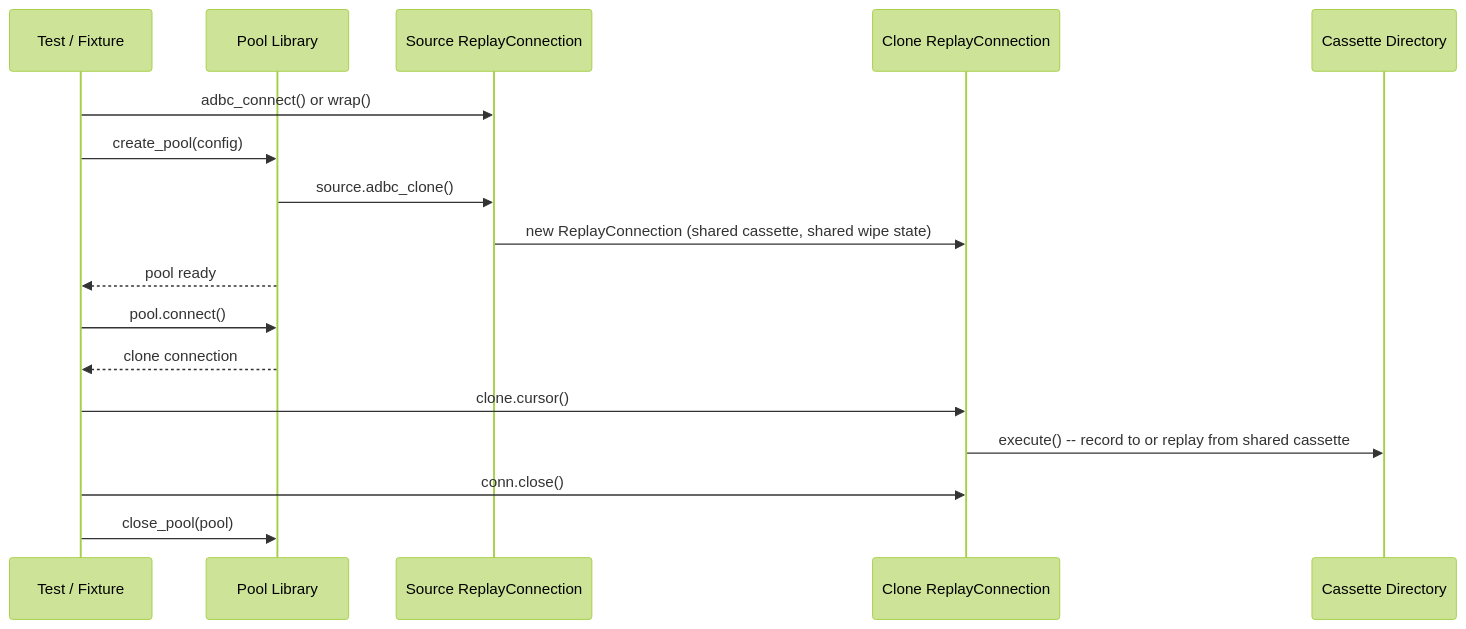
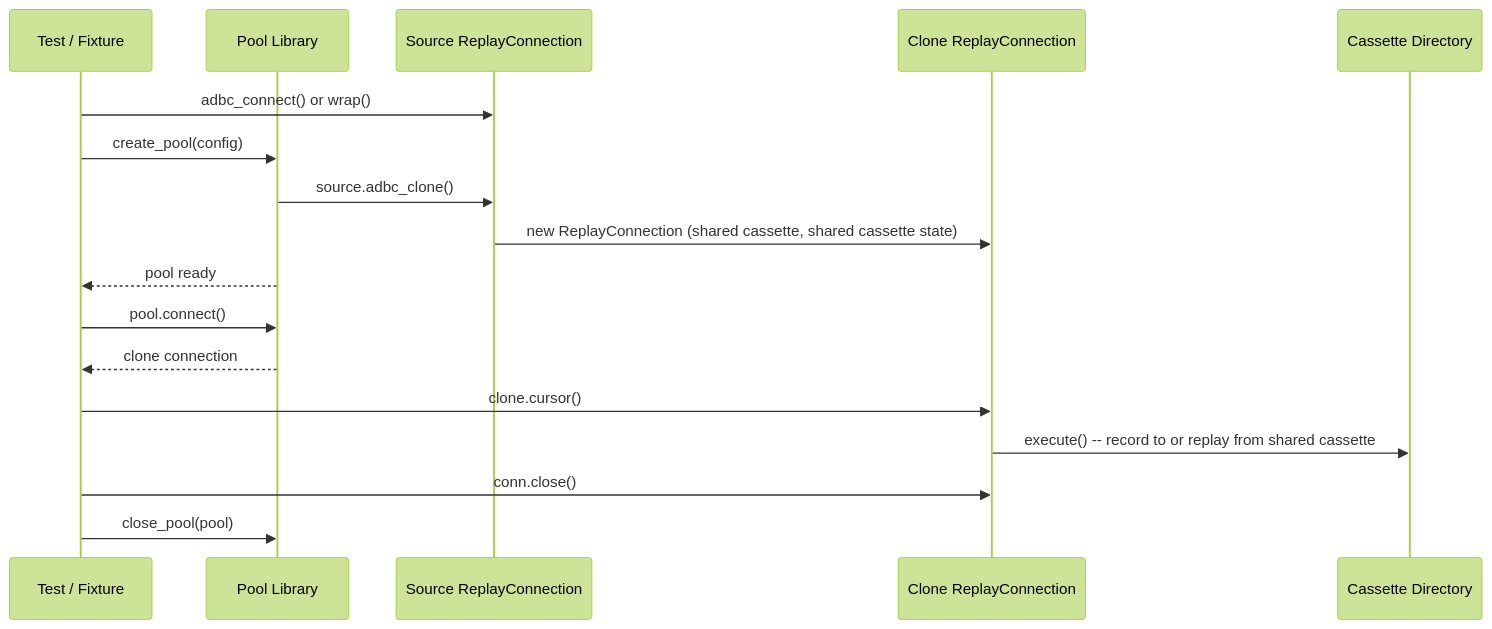
Before and after one commit to anentropic/pytest-adbc-replay: the diagram in docs/src/explanation/connection-pooling.md, drawn with Mermaid (forest theme). The commit also changed other lines of this file and 11 other files, not shown here.

````diff
--- a/docs/src/explanation/connection-pooling.md
+++ b/docs/src/explanation/connection-pooling.md
@@ -17,22 +17,22 @@
 ```mermaid
 sequenceDiagram
     participant Test as Test / Fixture
     participant Pool as Pool Library
     participant Source as Source ReplayConnection
     participant Clone as Clone ReplayConnection
     participant Cassette as Cassette Directory
 
     Test->>Source: adbc_connect() or wrap()
     Test->>Pool: create_pool(config)
     Pool->>Source: source.adbc_clone()
-    Source->>Clone: new ReplayConnection (shared cassette, shared wipe state)
+    Source->>Clone: new ReplayConnection (shared cassette, shared cassette state)
     Pool-->>Test: pool ready
 
     Test->>Pool: pool.connect()
     Pool-->>Test: clone connection
     Test->>Clone: clone.cursor()
     Clone->>Cassette: execute() -- record to or replay from shared cassette
     Test->>Clone: conn.close()
 
     Test->>Pool: close_pool(pool)
 ```
````
